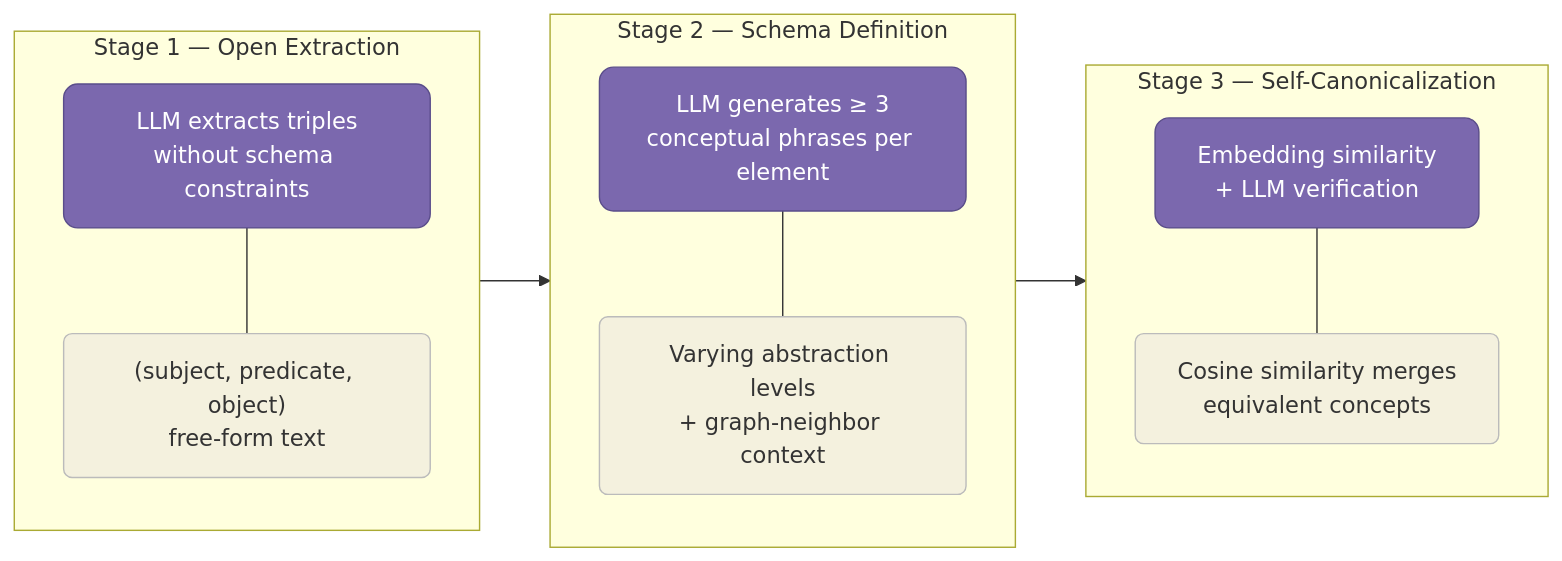
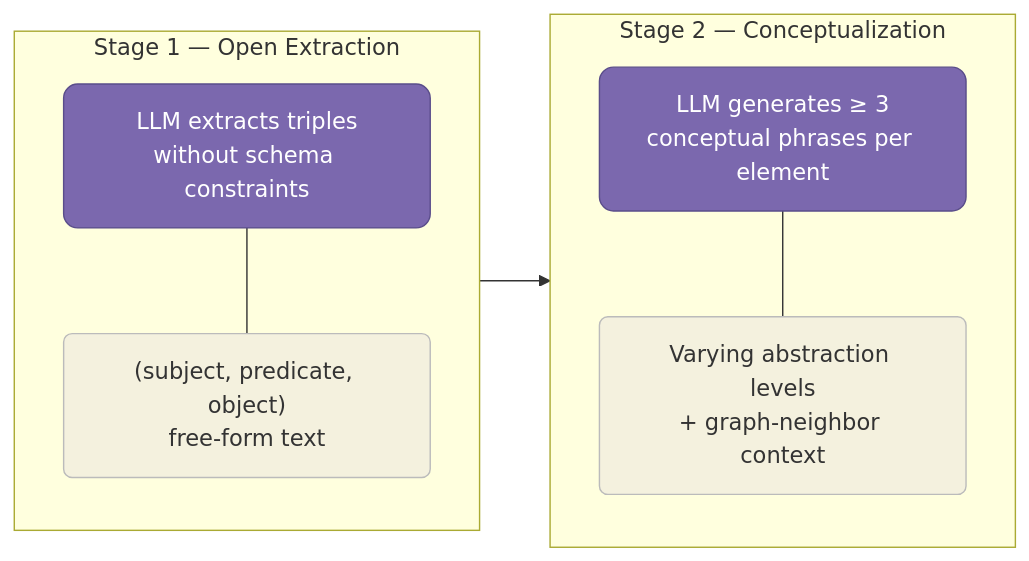
One commit to FredDsR/arandu changed the fourth of 10 diagrams in docs/methodology.md. Above: the diagram before and after it, drawn with Mermaid. The commit also changed other lines of this file and 30 other files, not shown here.

First line of the commit message:
feat(kg): add knowledge graph construction pipeline (#69)

````diff
--- a/docs/methodology.md
+++ b/docs/methodology.md
@@ -270,29 +270,22 @@
 ```mermaid
 flowchart LR
     classDef stage fill:#7b68ae,stroke:#5a4d8a,color:#fff,rx:10,ry:10
     classDef detail fill:#f4f1de,stroke:#bbb,color:#333,rx:6,ry:6
     classDef arrow fill:none,stroke:none
 
     subgraph S1["Stage 1 — Open Extraction"]
         direction TB
         E1["LLM extracts triples<br/>without schema constraints"]:::stage
         E1D["(subject, predicate, object)<br/>free-form text"]:::detail
         E1 --- E1D
     end
 
-    subgraph S2["Stage 2 — Schema Definition"]
+    subgraph S2["Stage 2 — Conceptualization"]
         direction TB
         E2["LLM generates ≥ 3<br/>conceptual phrases per element"]:::stage
         E2D["Varying abstraction levels<br/>+ graph-neighbor context"]:::detail
         E2 --- E2D
     end
 
-    subgraph S3["Stage 3 — Self-Canonicalization"]
-        direction TB
-        E3["Embedding similarity<br/>+ LLM verification"]:::stage
-        E3D["Cosine similarity merges<br/>equivalent concepts"]:::detail
-        E3 --- E3D
-    end
-
-    S1 --> S2 --> S3
+    S1 --> S2
 ```
````
